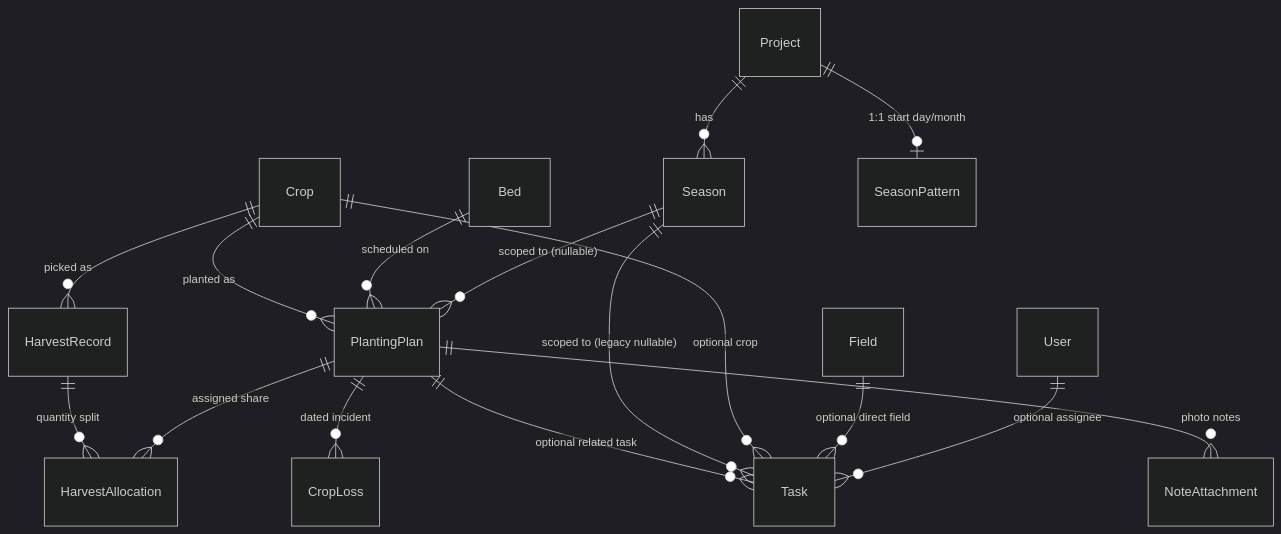
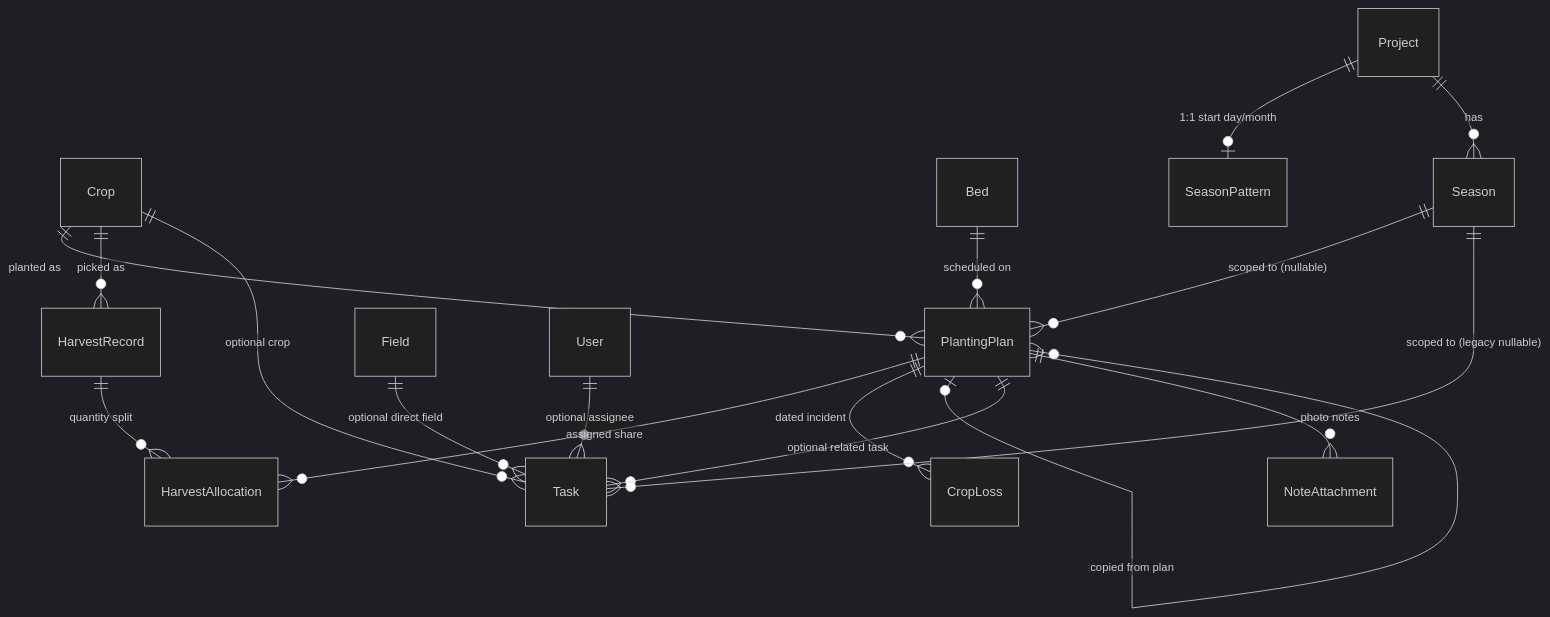
One commit to OpenFarmPlanner/planner changed the fourth of 7 diagrams in docs/data-model.md. Above: the diagram before and after it, drawn with Mermaid (dark theme). The commit also changed other lines of this file and 23 other files, not shown here.

First line of the commit message:
Show prior actuals from the source planting plan (#1333)

````diff
--- a/docs/data-model.md
+++ b/docs/data-model.md
@@ -250,18 +250,19 @@
 ```mermaid
 erDiagram
     Crop ||--o{ PlantingPlan : "planted as"
     Crop ||--o{ HarvestRecord : "picked as"
     HarvestRecord ||--o{ HarvestAllocation : "quantity split"
     PlantingPlan ||--o{ HarvestAllocation : "assigned share"
     PlantingPlan ||--o{ CropLoss : "dated incident"
     Bed ||--o{ PlantingPlan : "scheduled on"
     Season ||--o{ PlantingPlan : "scoped to (nullable)"
+    PlantingPlan |o--o{ PlantingPlan : "copied from plan"
     Project ||--o| SeasonPattern : "1:1 start day/month"
     Project ||--o{ Season : has
     PlantingPlan ||--o{ Task : "optional related task"
     Season ||--o{ Task : "scoped to (legacy nullable)"
     Crop ||--o{ Task : "optional crop"
     Field ||--o{ Task : "optional direct field"
     User ||--o{ Task : "optional assignee"
     PlantingPlan ||--o{ NoteAttachment : "photo notes"
 ```
````
